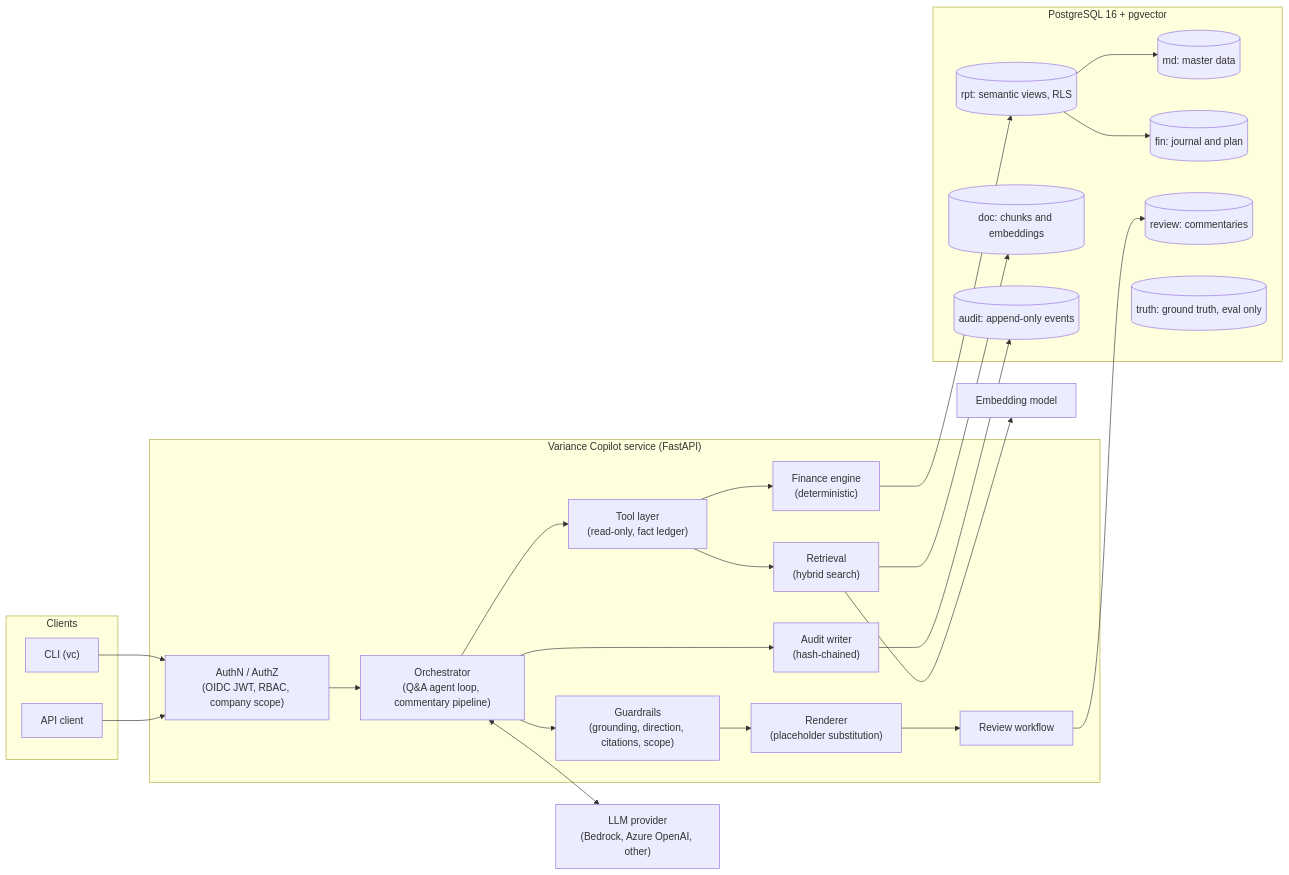
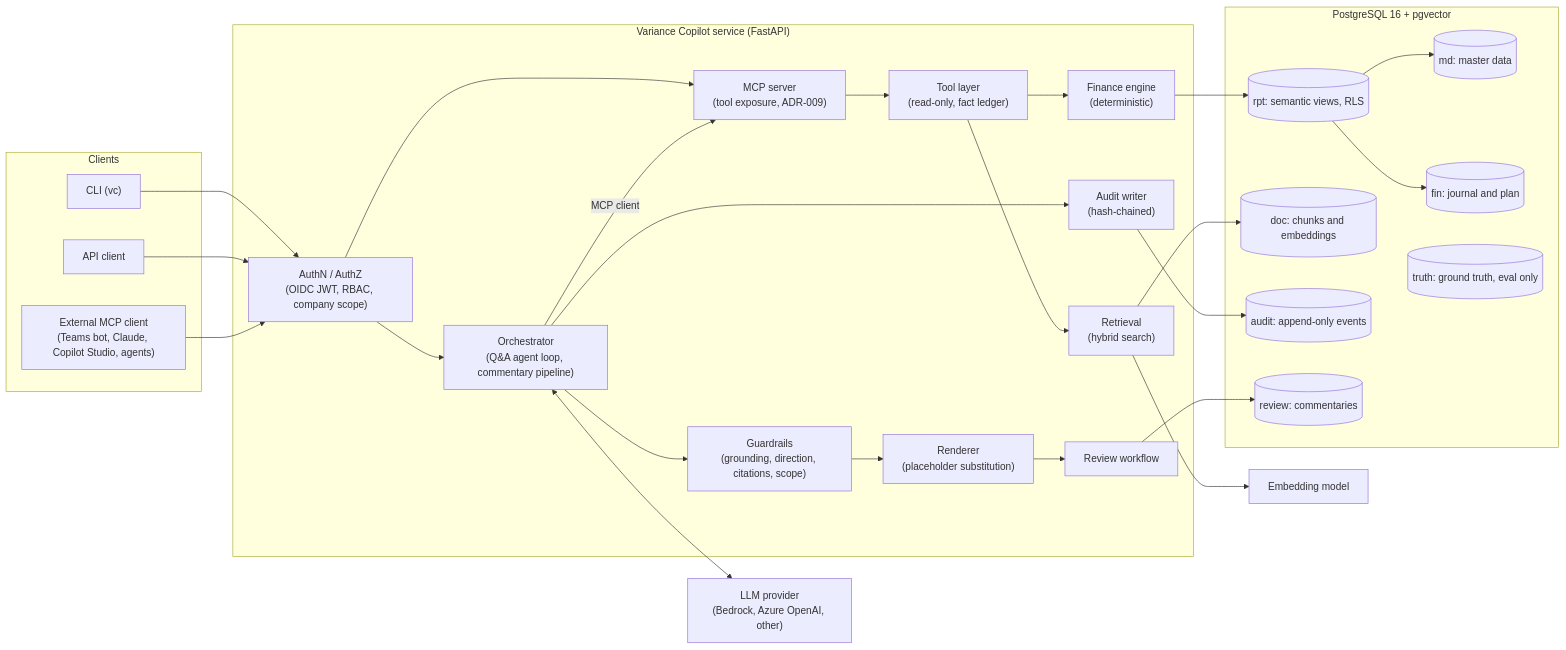
One commit to albertngx/variance-copilot changed the first of 4 diagrams in SPEC.md. Above: the diagram before and after it, drawn with Mermaid. The commit also changed other lines of this file and 15 other files, not shown here.

First line of the commit message:
Add ADR-009 (MCP tool layer), design docs and agent instructions

````diff
--- a/SPEC.md
+++ b/SPEC.md
@@ -172,47 +172,52 @@
 ```mermaid
 flowchart LR
   subgraph Clients
     CLI["CLI (vc)"]
     APIC["API client"]
+    MCPC["External MCP client<br/>(Teams bot, Claude, Copilot Studio, agents)"]
   end
   subgraph Service["Variance Copilot service (FastAPI)"]
     AUTH["AuthN / AuthZ<br/>(OIDC JWT, RBAC, company scope)"]
     ORCH["Orchestrator<br/>(Q&A agent loop, commentary pipeline)"]
+    MCPS["MCP server<br/>(tool exposure, ADR-009)"]
     TOOLS["Tool layer<br/>(read-only, fact ledger)"]
     FIN["Finance engine<br/>(deterministic)"]
     RET["Retrieval<br/>(hybrid search)"]
     GUARD["Guardrails<br/>(grounding, direction, citations, scope)"]
     REND["Renderer<br/>(placeholder substitution)"]
     REV["Review workflow"]
     AUD["Audit writer<br/>(hash-chained)"]
   end
   subgraph Data["PostgreSQL 16 + pgvector"]
     MD[("md: master data")]
     FINDB[("fin: journal and plan")]
     RPT[("rpt: semantic views, RLS")]
     DOC[("doc: chunks and embeddings")]
     AUDDB[("audit: append-only events")]
     REVDB[("review: commentaries")]
     TRUTH[("truth: ground truth, eval only")]
   end
   LLM["LLM provider<br/>(Bedrock, Azure OpenAI, other)"]
   EMB["Embedding model"]
   CLI --> AUTH
   APIC --> AUTH
   AUTH --> ORCH
   ORCH <--> LLM
-  ORCH --> TOOLS
+  MCPC --> AUTH
+  AUTH --> MCPS
+  ORCH -->|"MCP client"| MCPS
+  MCPS --> TOOLS
   TOOLS --> FIN
   FIN --> RPT
   RPT --> FINDB
   RPT --> MD
   TOOLS --> RET
   RET --> DOC
   RET --> EMB
   ORCH --> GUARD
   GUARD --> REND
   REND --> REV
   REV --> REVDB
   ORCH --> AUD
   AUD --> AUDDB
 ```
````
